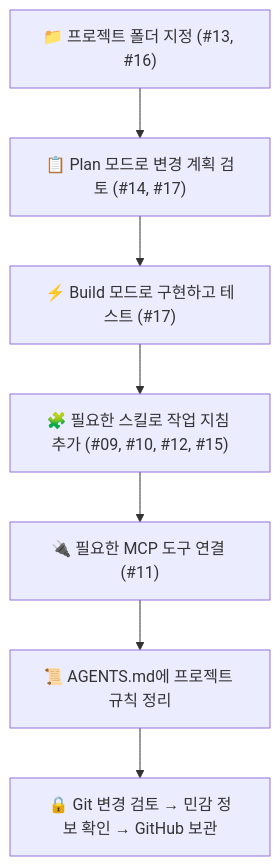
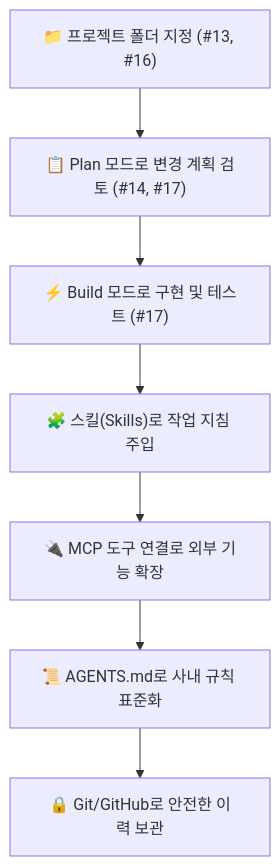
Before and after one commit to gilson0516/opencode-guide: the diagram in 오픈코드18.md, drawn with Mermaid. The commit also changed other lines of this file and 30 other files, not shown here.

````diff
--- a/오픈코드18.md
+++ b/오픈코드18.md
@@ -149,9 +68,9 @@
 ```mermaid
 flowchart TD
     S1["📁 프로젝트 폴더 지정 (#13, #16)"] --> S2["📋 Plan 모드로 변경 계획 검토 (#14, #17)"]
-    S2 --> S3["⚡ Build 모드로 구현하고 테스트 (#17)"]
-    S3 --> S4["🧩 필요한 스킬로 작업 지침 추가 (#09, #10, #12, #15)"]
-    S4 --> S5["🔌 필요한 MCP 도구 연결 (#11)"]
-    S5 --> S6["📜 AGENTS.md에 프로젝트 규칙 정리"]
-    S6 --> S7["🔒 Git 변경 검토 → 민감 정보 확인 → GitHub 보관"]
+    S2 --> S3["⚡ Build 모드로 구현 및 테스트 (#17)"]
+    S3 --> S4["🧩 스킬(Skills)로 작업 지침 주입"]
+    S4 --> S5["🔌 MCP 도구 연결로 외부 기능 확장"]
+    S5 --> S6["📜 AGENTS.md로 사내 규칙 표준화"]
+    S6 --> S7["🔒 Git/GitHub로 안전한 이력 보관"]
 ```
````
